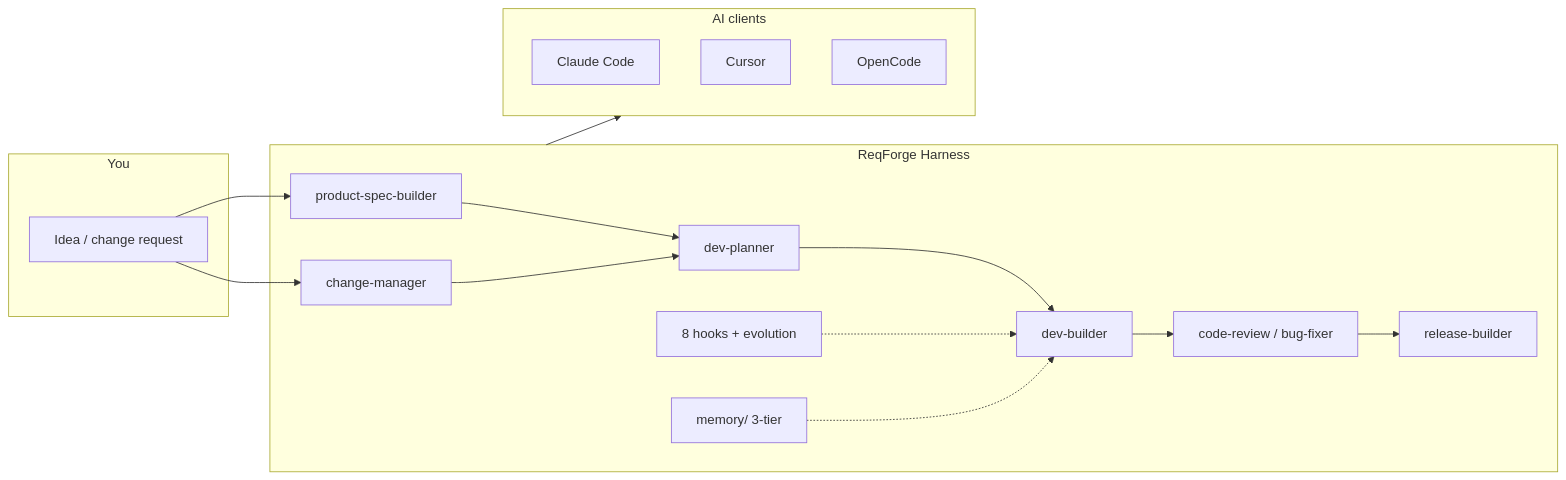
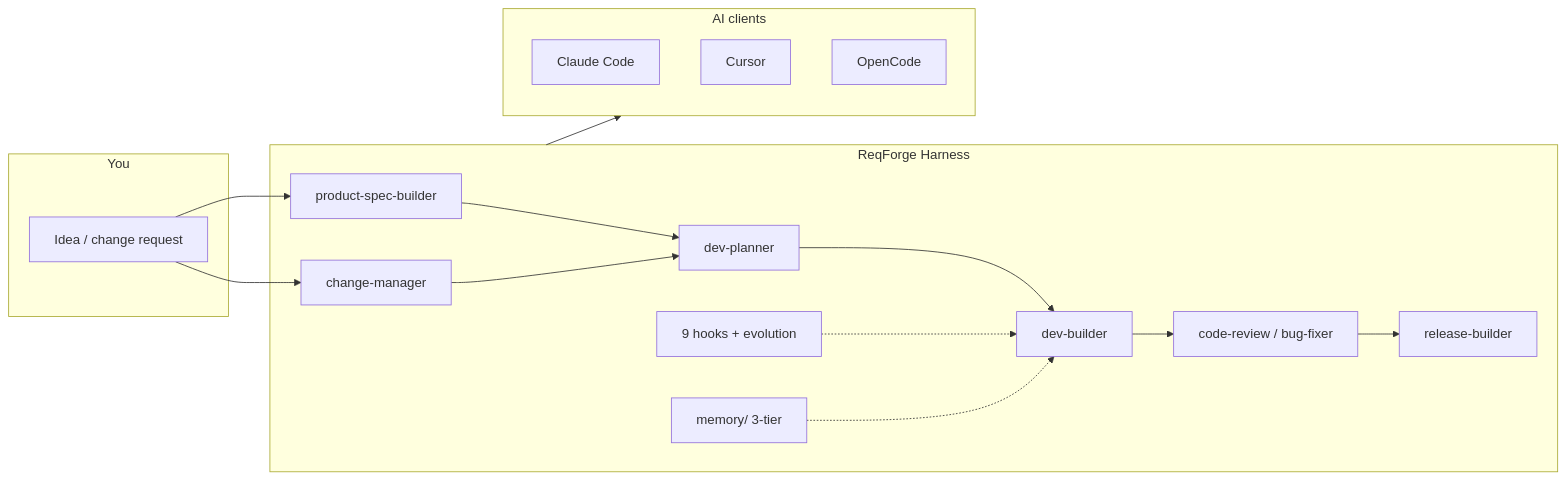
The diagram in README.md (zxpmail/ReqForge), drawn with Mermaid before and after one commit. The commit also changed other lines of this file and 49 other files, not shown here.

````diff
--- a/README.md
+++ b/README.md
@@ -17,34 +17,34 @@
 ```mermaid
 flowchart LR
   subgraph inputs [You]
     Idea[Idea / change request]
   end
 
   subgraph forge [ReqForge Harness]
     Spec[product-spec-builder]
     Chg[change-manager]
     Plan[dev-planner]
     Build[dev-builder]
     Rev[code-review / bug-fixer]
     Rel[release-builder]
-    Hooks[8 hooks + evolution]
+    Hooks[9 hooks + evolution]
     Mem[memory/ 3-tier]
   end
 
   subgraph clients [AI clients]
     CC[Claude Code]
     CU[Cursor]
     OC[OpenCode]
   end
 
   Idea --> Spec
   Spec --> Plan
   Idea --> Chg
   Chg --> Plan
   Plan --> Build
   Build --> Rev
   Rev --> Rel
   Hooks -.-> Build
   Mem -.-> Build
   forge --> clients
 ```
````
